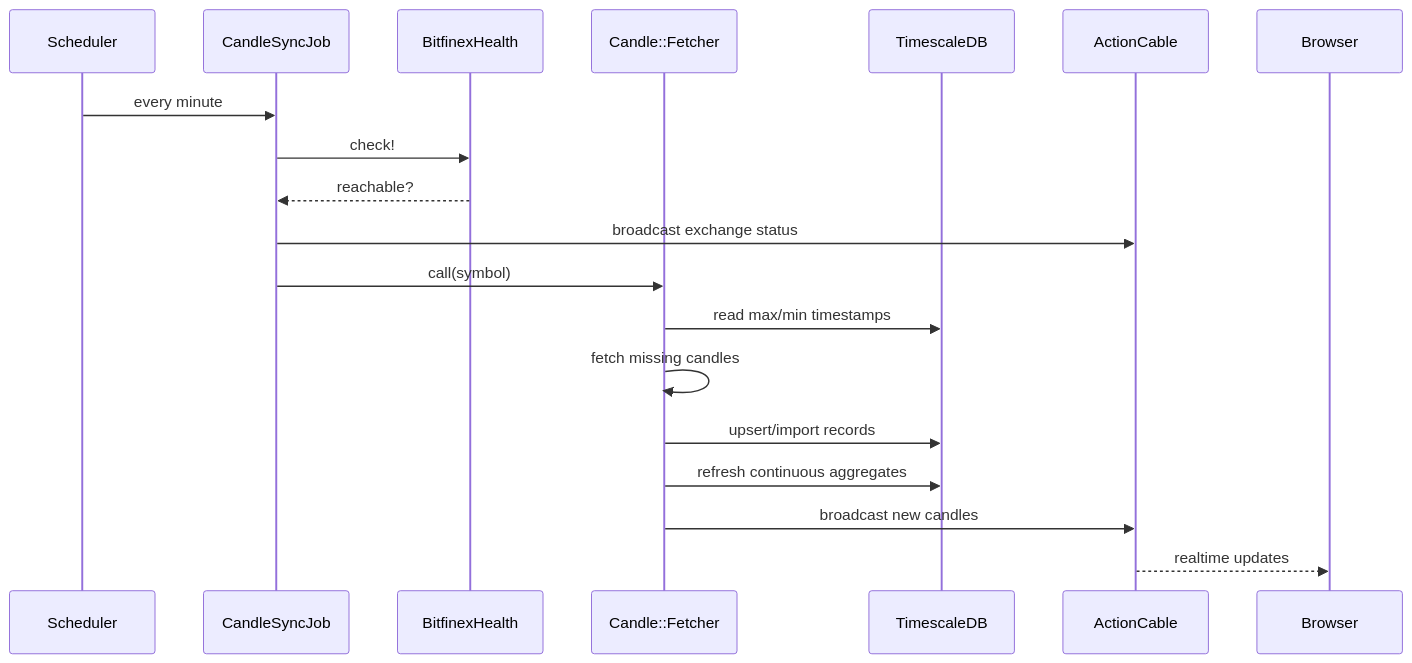
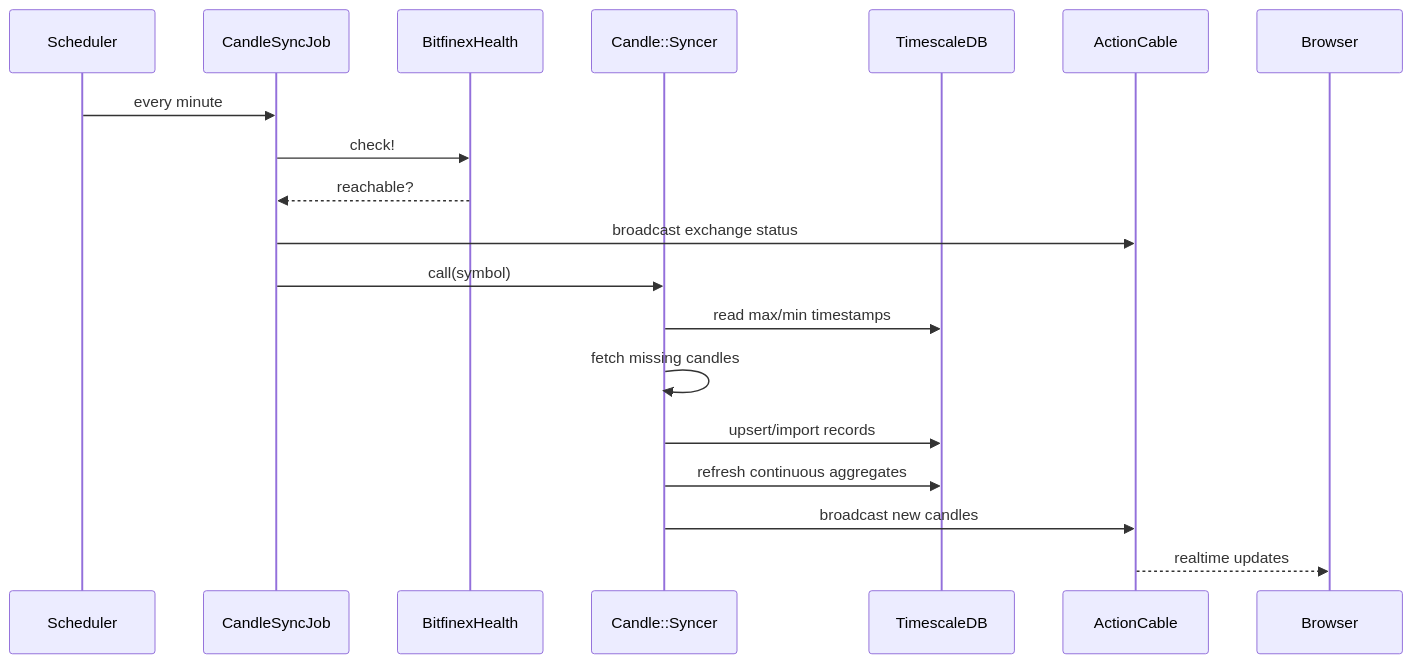
Before and after one commit to ValentinAndreev/trade: the diagram in docs/07-jobs-and-realtime.md, drawn with Mermaid. The commit also changed other lines of this file and 40 other files, not shown here.

````diff
--- a/docs/07-jobs-and-realtime.md
+++ b/docs/07-jobs-and-realtime.md
@@ -130,22 +141,22 @@
 ```mermaid
 sequenceDiagram
   participant Scheduler
   participant Job as CandleSyncJob
   participant Health as BitfinexHealth
-  participant Fetcher as Candle::Fetcher
+  participant Syncer as Candle::Syncer
   participant DB as TimescaleDB
   participant Cable as ActionCable
   participant UI as Browser
 
   Scheduler->>Job: every minute
   Job->>Health: check!
   Health-->>Job: reachable?
   Job->>Cable: broadcast exchange status
-  Job->>Fetcher: call(symbol)
-  Fetcher->>DB: read max/min timestamps
-  Fetcher->>Fetcher: fetch missing candles
-  Fetcher->>DB: upsert/import records
-  Fetcher->>DB: refresh continuous aggregates
-  Fetcher->>Cable: broadcast new candles
+  Job->>Syncer: call(symbol)
+  Syncer->>DB: read max/min timestamps
+  Syncer->>Syncer: fetch missing candles
+  Syncer->>DB: upsert/import records
+  Syncer->>DB: refresh continuous aggregates
+  Syncer->>Cable: broadcast new candles
   Cable-->>UI: realtime updates
 ```
````
